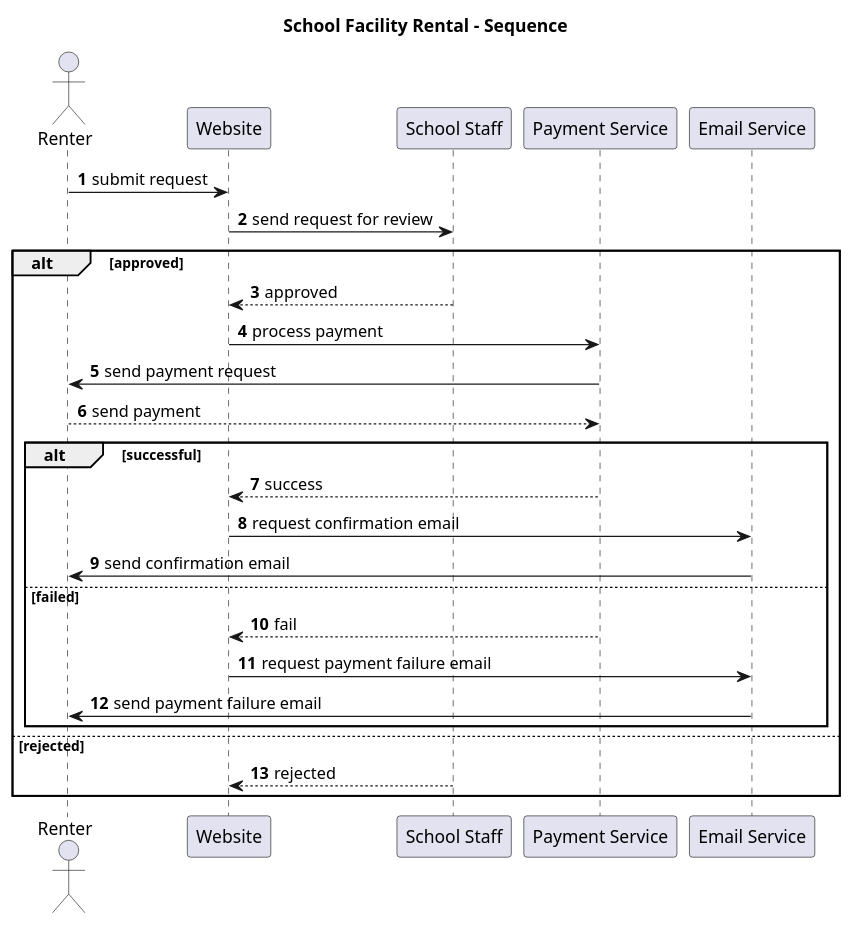
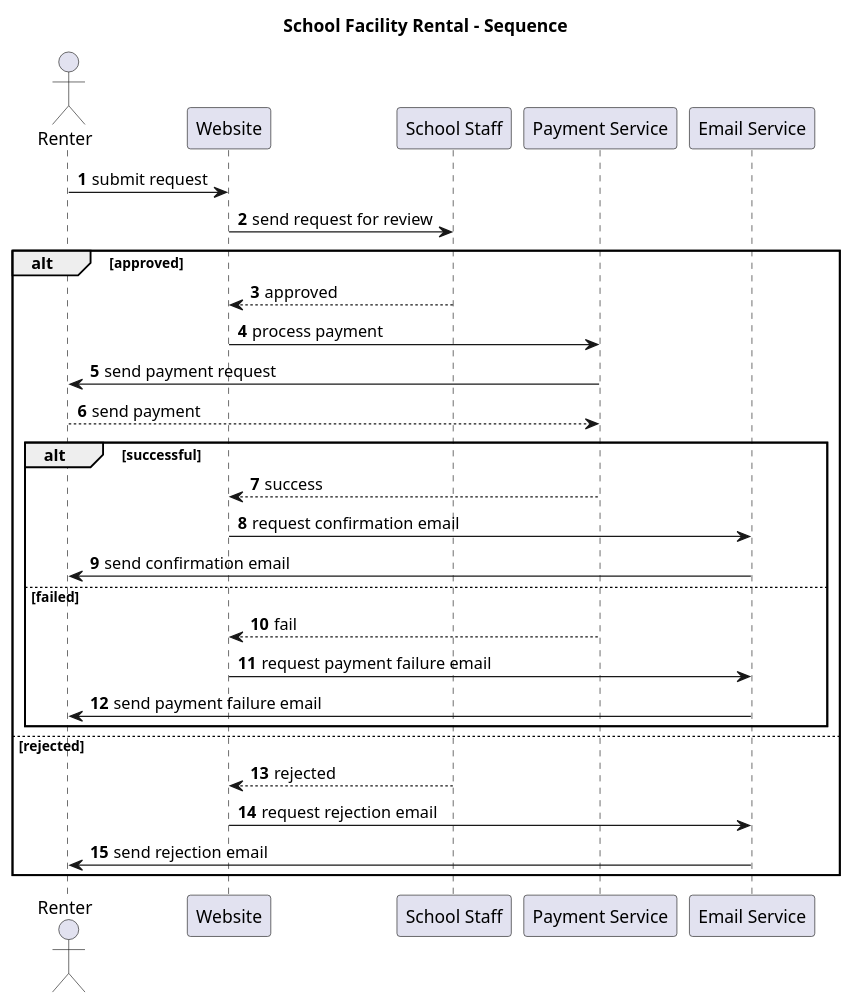
Before and after one commit to rmvann/5800_hw6: the diagram in src/rental_seq.puml, drawn with PlantUML. The commit also changed 1 other file, not shown here.

Commit message:
added rejection email

```diff
--- a/src/rental_seq.puml
+++ b/src/rental_seq.puml
@@ -1,32 +1,34 @@
 @startuml
 'https://plantuml.com/sequence-diagram
 
 autonumber
 
 title School Facility Rental - Sequence
 actor Renter
 participant Website
 participant "School Staff" as Staff
 participant "Payment Service" as Pay
 participant "Email Service" as Email
 Renter -> Website: submit request
 Website -> Staff: send request for review
 alt approved
 Staff --> Website: approved
 Website -> Pay: process payment
 Pay -> Renter: send payment request
 Renter --> Pay: send payment
 alt successful
 Pay --> Website: success
 Website -> Email: request confirmation email
 Email -> Renter: send confirmation email
 else failed
 Pay --> Website: fail
 Website -> Email: request payment failure email
 Email -> Renter: send payment failure email
 end
 else rejected
 Staff --> Website: rejected
+Website -> Email: request rejection email
+Email -> Renter: send rejection email
 end
 
 @enduml
```
